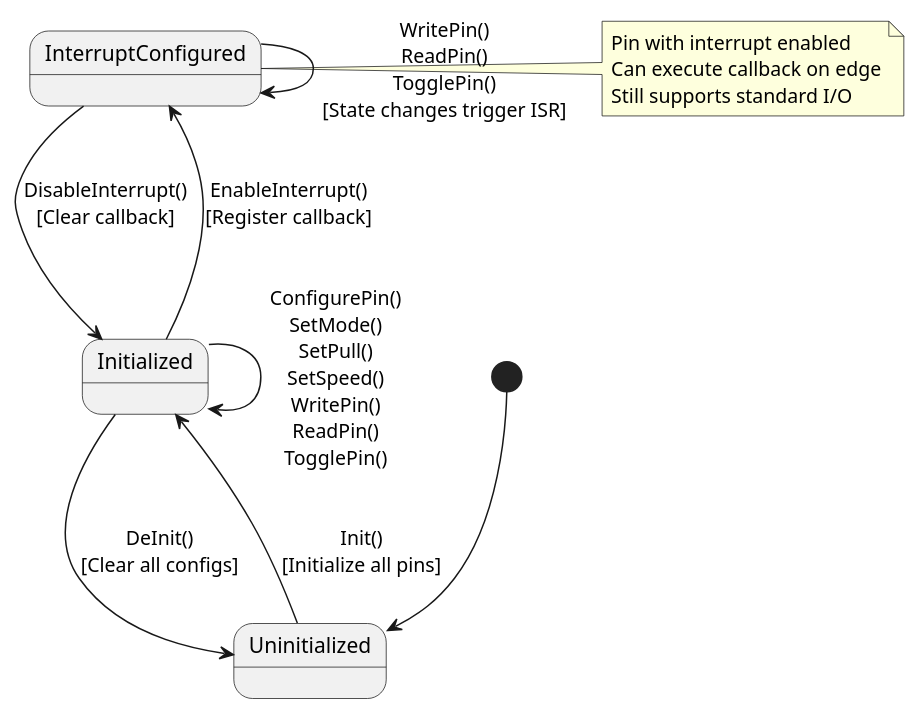
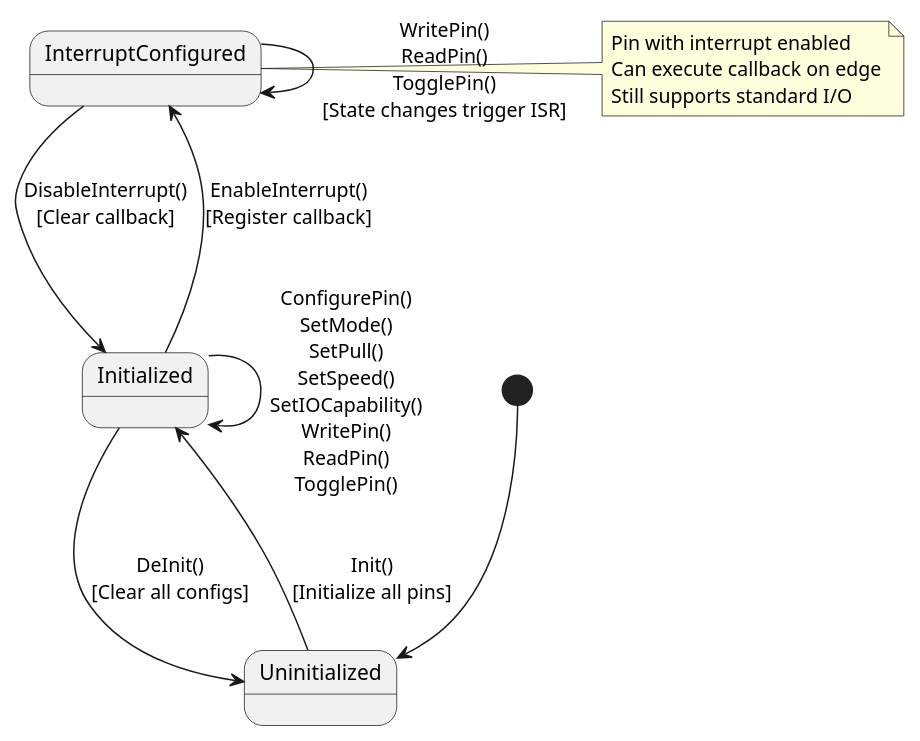
The diagram in 3_swComp/layer1Driver/gpioDriver/2_design/gpioDriverStateMachine.puml (LinhTrucVo/Bico_Protocol_Bridge), drawn with PlantUML before and after one commit. The commit also changed 9 other files, not shown here.

```diff
--- a/3_swComp/layer1Driver/gpioDriver/2_design/gpioDriverStateMachine.puml
+++ b/3_swComp/layer1Driver/gpioDriver/2_design/gpioDriverStateMachine.puml
@@ -1,25 +1,25 @@
 @startuml gpioDriverStateMachine
 state Uninitialized
 state Initialized
 state InterruptConfigured
 
 [*] --> Uninitialized
 
 Uninitialized --> Initialized : Init()\n[Initialize all pins]
 
 Initialized --> Uninitialized : DeInit()\n[Clear all configs]
 
-Initialized --> Initialized : ConfigurePin()\nSetMode()\nSetPull()\nSetSpeed()\nWritePin()\nReadPin()\nTogglePin()
+Initialized --> Initialized : ConfigurePin()\nSetMode()\nSetPull()\nSetSpeed()\nSetIOCapability()\nWritePin()\nReadPin()\nTogglePin()
 
 Initialized --> InterruptConfigured : EnableInterrupt()\n[Register callback]
 
 InterruptConfigured --> Initialized : DisableInterrupt()\n[Clear callback]
 
 InterruptConfigured --> InterruptConfigured : WritePin()\nReadPin()\nTogglePin()\n[State changes trigger ISR]
 
 note right of InterruptConfigured
   Pin with interrupt enabled
   Can execute callback on edge
   Still supports standard I/O
 end note
 @enduml
```
